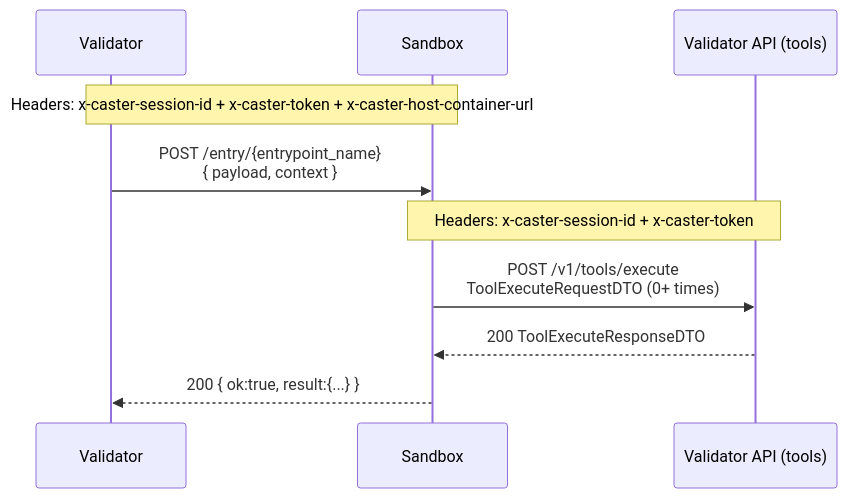
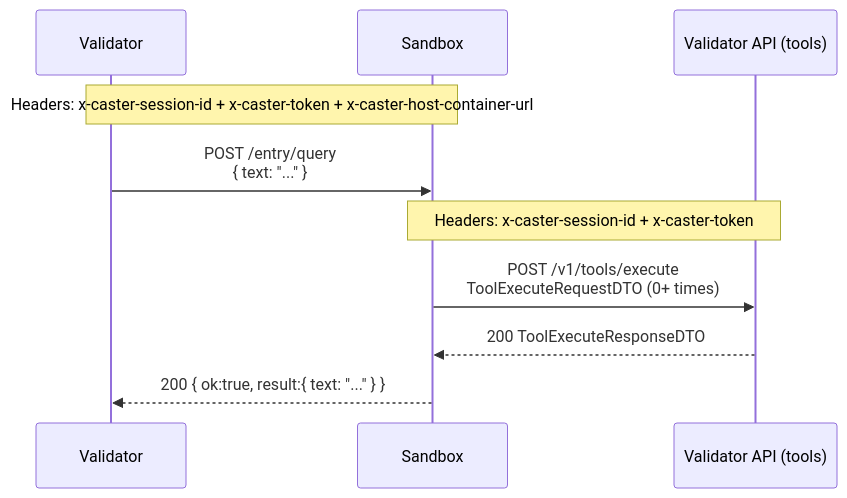
One commit to caster-hub/caster changed the fourth of 7 diagrams in docs/api/flows.md. Above: the diagram before and after it, drawn with Mermaid. The commit also changed other lines of this file and 94 other files, not shown here.

````diff
--- a/docs/api/flows.md
+++ b/docs/api/flows.md
@@ -103,15 +103,15 @@
 ```mermaid
 sequenceDiagram
   participant V as Validator
   participant S as Sandbox
   participant VA as Validator API (tools)
 
   Note over V,S: Headers: x-caster-session-id + x-caster-token + x-caster-host-container-url
-  V->>S: POST /entry/{entrypoint_name}<br/>{ payload, context }
+  V->>S: POST /entry/query<br/>{ text: "..." }
 
   Note over S,VA: Headers: x-caster-session-id + x-caster-token
   S->>VA: POST /v1/tools/execute<br/>ToolExecuteRequestDTO (0+ times)
   VA-->>S: 200 ToolExecuteResponseDTO
 
-  S-->>V: 200 { ok:true, result:{...} }
+  S-->>V: 200 { ok:true, result:{ text: "..." } }
 ```
````
